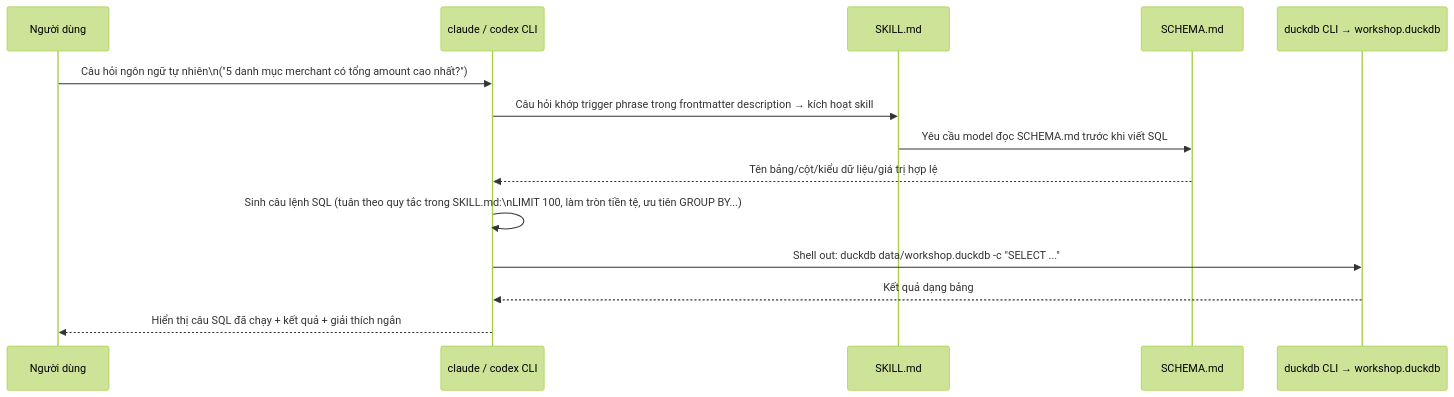
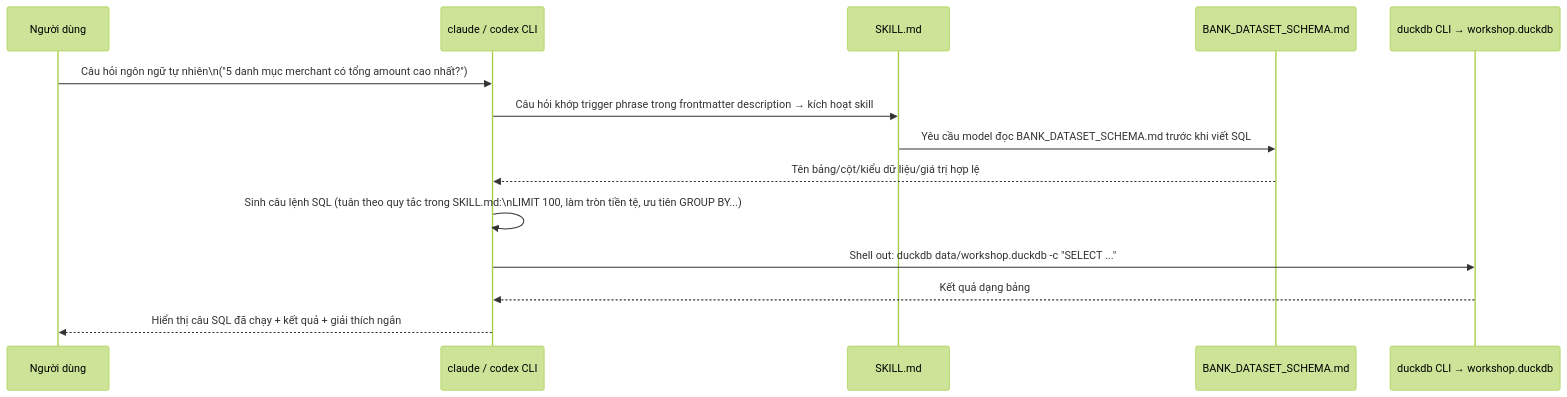
One commit to QuanPham99/CB_Txt2Sql changed the second of 3 diagrams in docs/architecture/ARCHITECTURE.md. Above: the diagram before and after it, drawn with Mermaid (forest theme). The commit also changed other lines of this file and 11 other files, not shown here.

````diff
--- a/docs/architecture/ARCHITECTURE.md
+++ b/docs/architecture/ARCHITECTURE.md
@@ -63,17 +63,17 @@
 ```mermaid
 sequenceDiagram
     participant U as Người dùng
     participant CLI as claude / codex CLI
     participant SK as SKILL.md
-    participant SC as SCHEMA.md
+    participant SC as BANK_DATASET_SCHEMA.md
     participant DB as duckdb CLI → workshop.duckdb
 
     U->>CLI: Câu hỏi ngôn ngữ tự nhiên\n("5 danh mục merchant có tổng amount cao nhất?")
     CLI->>SK: Câu hỏi khớp trigger phrase trong frontmatter description → kích hoạt skill
-    SK->>SC: Yêu cầu model đọc SCHEMA.md trước khi viết SQL
+    SK->>SC: Yêu cầu model đọc BANK_DATASET_SCHEMA.md trước khi viết SQL
     SC-->>CLI: Tên bảng/cột/kiểu dữ liệu/giá trị hợp lệ
     CLI->>CLI: Sinh câu lệnh SQL (tuân theo quy tắc trong SKILL.md:\nLIMIT 100, làm tròn tiền tệ, ưu tiên GROUP BY...)
     CLI->>DB: Shell out: duckdb data/workshop.duckdb -c "SELECT ..."
     DB-->>CLI: Kết quả dạng bảng
     CLI-->>U: Hiển thị câu SQL đã chạy + kết quả + giải thích ngắn
 ```
````
